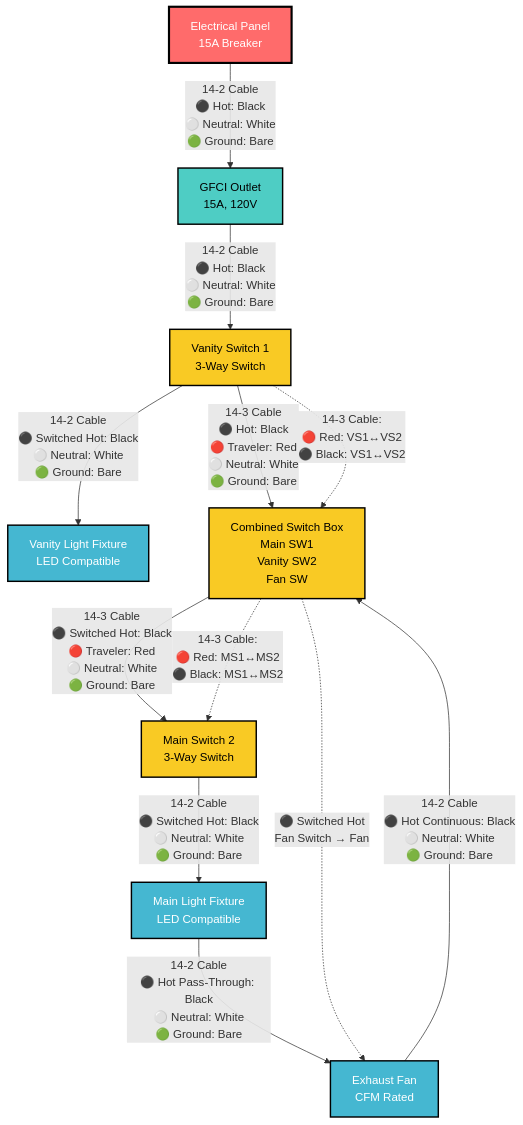
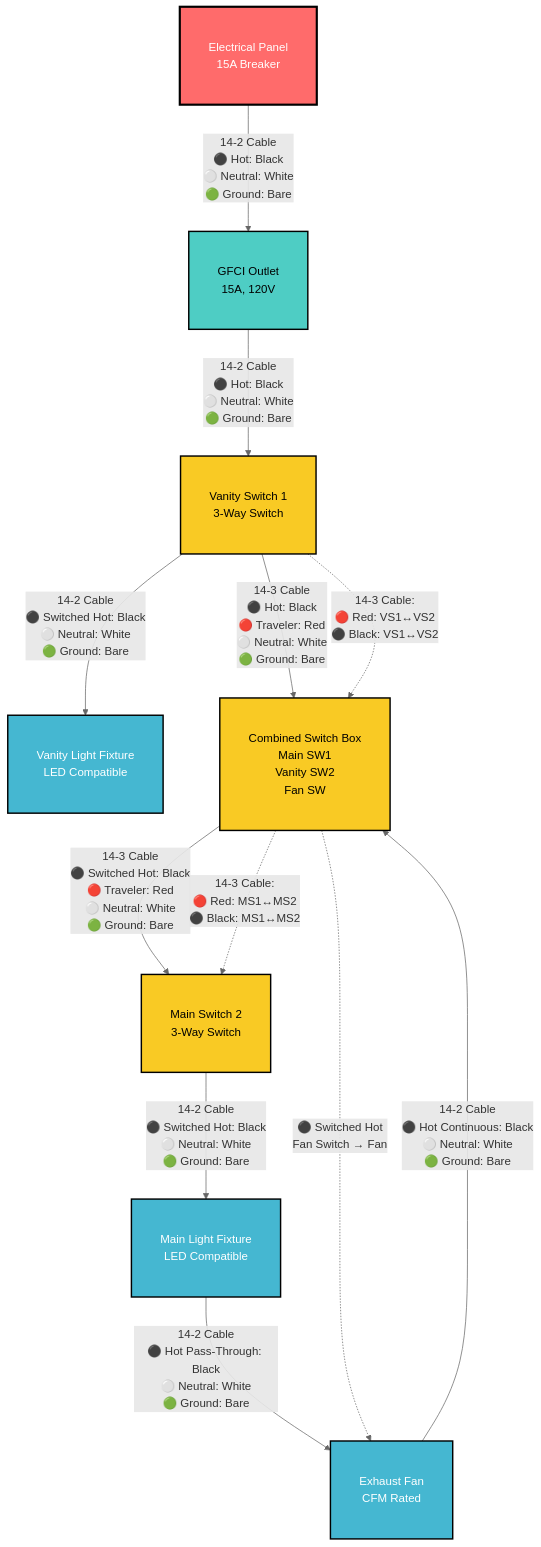
Before and after one commit to ticklemycode/electrical-wiring: the first of 8 diagrams in diagrams/mermaid-wiring-diagram.md, drawn with Mermaid.

````diff
--- a/diagrams/mermaid-wiring-diagram.md
+++ b/diagrams/mermaid-wiring-diagram.md
@@ -7,37 +7,38 @@
 ```mermaid
+%%{init: {'theme':'default', 'flowchart': {'nodeSpacing': 60, 'rankSpacing': 80, 'padding': 20}, 'themeVariables': {'primaryColor': '#ffffff', 'primaryTextColor': '#000000', 'primaryBorderColor': '#000000', 'lineColor': '#666666', 'sectionBkgColor': '#ffffff', 'altSectionBkgColor': '#f9f9f9', 'gridColor': '#cccccc', 'c0': '#ffffff', 'c1': '#ffffff', 'c2': '#ffffff', 'c3': '#ffffff', 'c4': '#ffffff'}}}%%
 flowchart TD
     A[Electrical Panel<br/>15A Breaker] -->|14-2 Cable<br/>⚫ Hot: Black<br/>⚪ Neutral: White<br/>🟢 Ground: Bare| B[GFCI Outlet<br/>15A, 120V]
     
     B -->|14-2 Cable<br/>⚫ Hot: Black<br/>⚪ Neutral: White<br/>🟢 Ground: Bare| D[Vanity Switch 1<br/>3-Way Switch]
     
     D -->|14-2 Cable<br/>⚫ Switched Hot: Black<br/>⚪ Neutral: White<br/>🟢 Ground: Bare| C[Vanity Light Fixture<br/>LED Compatible]
     
     D -->|14-3 Cable<br/>⚫ Hot: Black<br/>🔴 Traveler: Red<br/>⚪ Neutral: White<br/>🟢 Ground: Bare| E[Combined Switch Box<br/>Main SW1<br/>Vanity SW2<br/>Fan SW]
     
     E -->|14-3 Cable<br/>⚫ Switched Hot: Black<br/>🔴 Traveler: Red<br/>⚪ Neutral: White<br/>🟢 Ground: Bare| F[Main Switch 2<br/>3-Way Switch]
     
     F -->|14-2 Cable<br/>⚫ Switched Hot: Black<br/>⚪ Neutral: White<br/>🟢 Ground: Bare| G[Main Light Fixture<br/>LED Compatible]
     
     G -->|14-2 Cable<br/>⚫ Hot Pass-Through: Black<br/>⚪ Neutral: White<br/>🟢 Ground: Bare| H[Exhaust Fan<br/>CFM Rated]
     
     H -->|14-2 Cable<br/>⚫ Hot Continuous: Black<br/>⚪ Neutral: White<br/>🟢 Ground: Bare| E
     
     %% Fan Control Wire
     E -.->|⚫ Switched Hot<br/>Fan Switch → Fan| H
     
     %% 3-Way Traveler Wires - 14-3 Cable Note
     D -.->|14-3 Cable:<br/>🔴 Red: VS1↔VS2<br/>⚫ Black: VS1↔VS2| E
     E -.->|14-3 Cable:<br/>🔴 Red: MS1↔MS2<br/>⚫ Black: MS1↔MS2| F
     
     %% Styling
-    classDef panelStyle fill:#ff6b6b,stroke:#000,stroke-width:3px,color:#fff
-    classDef gfciStyle fill:#4ecdc4,stroke:#000,stroke-width:2px,color:#000
-    classDef fixtureStyle fill:#45b7d1,stroke:#000,stroke-width:2px,color:#fff
-    classDef switchStyle fill:#f9ca24,stroke:#000,stroke-width:2px,color:#000
+    classDef panelStyle fill:#ff6b6b,stroke:#000,stroke-width:3px,color:#fff,padding:15px
+    classDef gfciStyle fill:#4ecdc4,stroke:#000,stroke-width:2px,color:#000,padding:15px
+    classDef fixtureStyle fill:#45b7d1,stroke:#000,stroke-width:2px,color:#fff,padding:15px
+    classDef switchStyle fill:#f9ca24,stroke:#000,stroke-width:2px,color:#000,padding:15px
     classDef wireStyle stroke:#666,stroke-width:2px
     
     class A panelStyle
     class B gfciStyle
     class C,G,H fixtureStyle
     class D,E,F switchStyle
 ```
````
